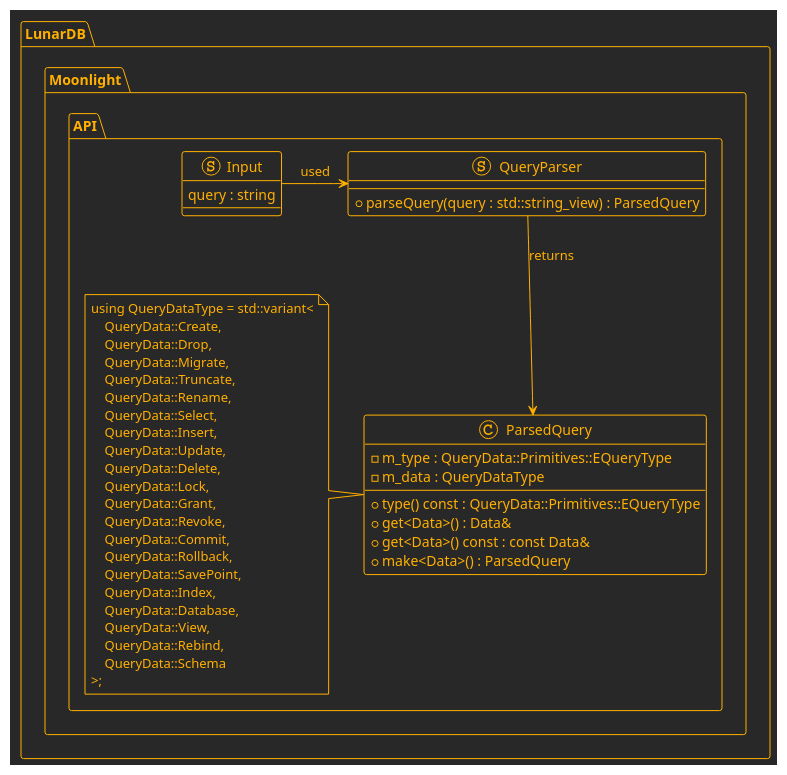
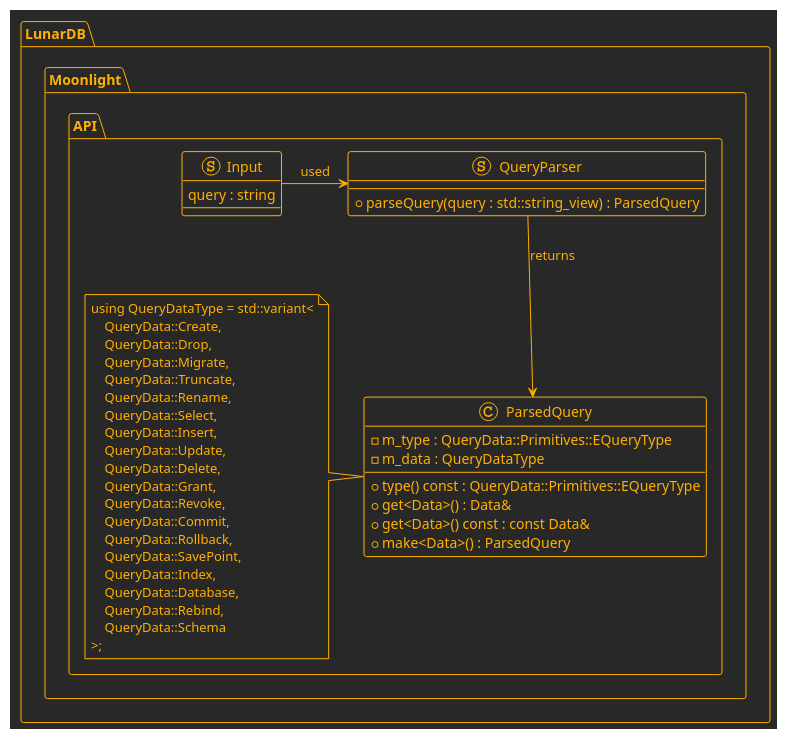
The diagram in src/Moonlight/docs/Moonlight.puml (TheAncientOwl/lunardb), drawn with PlantUML before and after one commit. The commit also changed 32 other files, not shown here.

Commit message:
remove Lock, View queries. TODO: Add User query

```diff
--- a/src/Moonlight/docs/Moonlight.puml
+++ b/src/Moonlight/docs/Moonlight.puml
@@ -1,54 +1,52 @@
 @startuml Moonlight
 !theme crt-amber
 
 namespace LunarDB.Moonlight.API {
 
 class ParsedQuery {
 
     + type() const : QueryData::Primitives::EQueryType
     + get<Data>() : Data&
     + get<Data>() const : const Data&
     + make<Data>() : ParsedQuery
 
     - m_type : QueryData::Primitives::EQueryType
     - m_data : QueryDataType
 }
 note left
 using QueryDataType = std::variant<
     QueryData::Create,
     QueryData::Drop,
     QueryData::Migrate,
     QueryData::Truncate,
     QueryData::Rename,
     QueryData::Select,
     QueryData::Insert,
     QueryData::Update,
     QueryData::Delete,
-    QueryData::Lock,
     QueryData::Grant,
     QueryData::Revoke,
     QueryData::Commit,
     QueryData::Rollback,
     QueryData::SavePoint,
     QueryData::Index,
     QueryData::Database,
-    QueryData::View,
     QueryData::Rebind,
     QueryData::Schema
 >;
 end note
 
 stereotype QueryParser {
     + parseQuery(query : std::string_view) : ParsedQuery
 }
 
 stereotype Input {
     query : string
 }
 
 Input -> QueryParser : used
 QueryParser --> ParsedQuery : returns
 
 }
 
 @enduml
```
